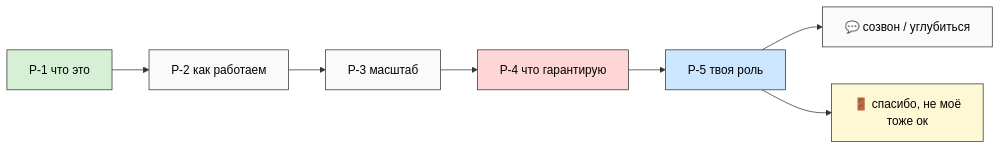
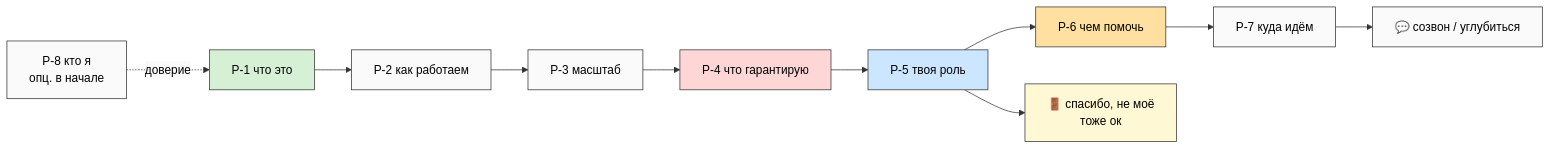
One commit to Bogersebekov/jetix-os changed the diagram in partner-package/README.md. Above: the diagram before and after it, drawn with Mermaid. The commit also changed other lines of this file and 5 other files, not shown here.

Commit message:
[partner-package] extend — P-6 чем помочь/ресурсы + P-7 таймлайн/роадмап EOY + P-8 кто я (скелет) + mermaid + README

````diff
--- a/partner-package/README.md
+++ b/partner-package/README.md
@@ -34,11 +44,16 @@
 ```mermaid
 %%{init: {'theme':'base','themeVariables':{'background':'#ffffff','primaryColor':'#fafafa','primaryTextColor':'#000','textColor':'#000','lineColor':'#333','primaryBorderColor':'#333','noteBkgColor':'#fff8d5'}}}%%
 graph LR
+    P8[P-8 кто я<br/>опц. в начале] -.доверие.-> P1
     P1[P-1 что это] --> P2[P-2 как работаем] --> P3[P-3 масштаб] --> P4[P-4 что гарантирую] --> P5[P-5 твоя роль]
-    P5 --> CALL[💬 созвон / углубиться]
+    P5 --> P6[P-6 чем помочь]
+    P6 --> P7[P-7 куда идём]
+    P7 --> CALL[💬 созвон / углубиться]
     P5 --> BYE[🚪 спасибо, не моё<br/>тоже ок]
+    style P8 fill:#fafafa,color:#000
     style P1 fill:#d6f0d6,color:#000
     style P4 fill:#ffd6d6,color:#000
     style P5 fill:#cce6ff,color:#000
+    style P6 fill:#ffe0a0,color:#000
     style BYE fill:#fff8d5,color:#000
 ```
````
